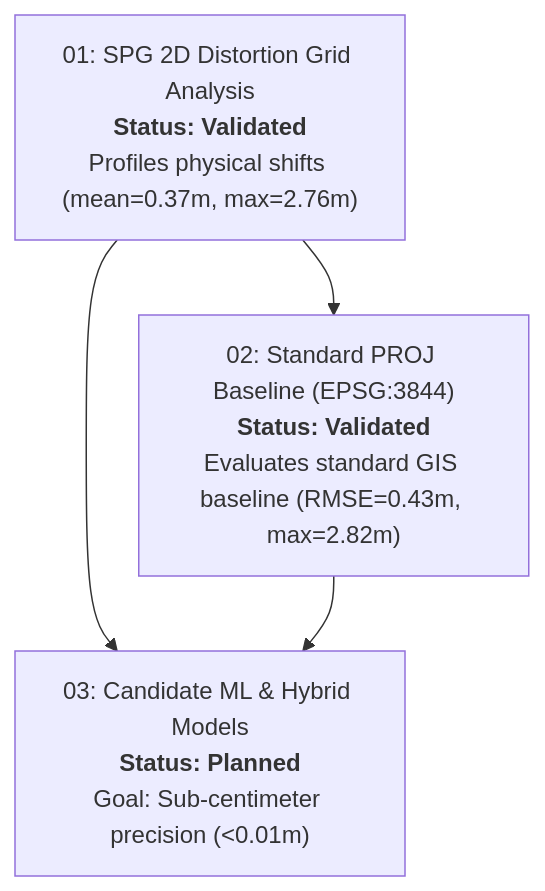
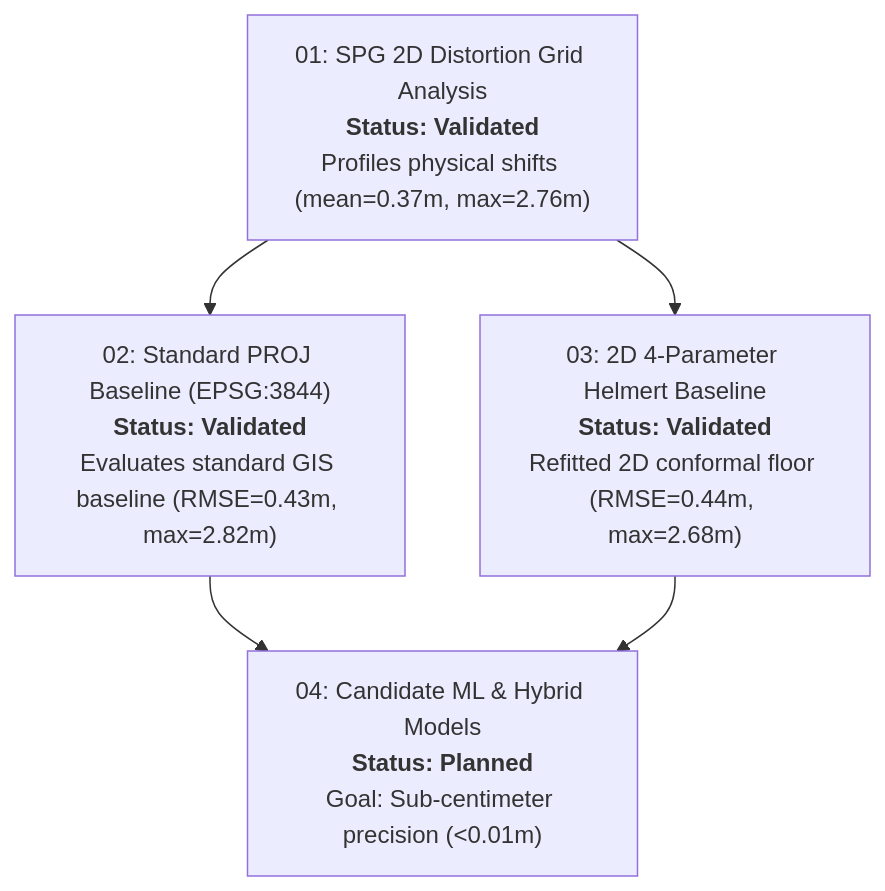
The diagram in docs/research/roadmap.md (bogdanmorosanu/ml_transdat), drawn with Mermaid before and after one commit. The commit also changed other lines of this file and 19 other files, not shown here.

First line of the commit message:
feat(helmert2d): implement 2D 4-parameter Helmert baseline and workflow rules

````diff
--- a/docs/research/roadmap.md
+++ b/docs/research/roadmap.md
@@ -9,10 +9,12 @@
 ```mermaid
 flowchart TD
     SPG["01: SPG 2D Distortion Grid Analysis<br><b>Status: Validated</b><br>Profiles physical shifts (mean=0.37m, max=2.76m)"]
     PROJ["02: Standard PROJ Baseline (EPSG:3844)<br><b>Status: Validated</b><br>Evaluates standard GIS baseline (RMSE=0.43m, max=2.82m)"]
-    ML["03: Candidate ML & Hybrid Models<br><b>Status: Planned</b><br>Goal: Sub-centimeter precision (<0.01m)"]
+    H2D["03: 2D 4-Parameter Helmert Baseline<br><b>Status: Validated</b><br>Refitted 2D conformal floor (RMSE=0.44m, max=2.68m)"]
+    ML["04: Candidate ML & Hybrid Models<br><b>Status: Planned</b><br>Goal: Sub-centimeter precision (<0.01m)"]
 
     SPG --> PROJ
-    SPG --> ML
+    SPG --> H2D
     PROJ --> ML
+    H2D --> ML
 ```
````
